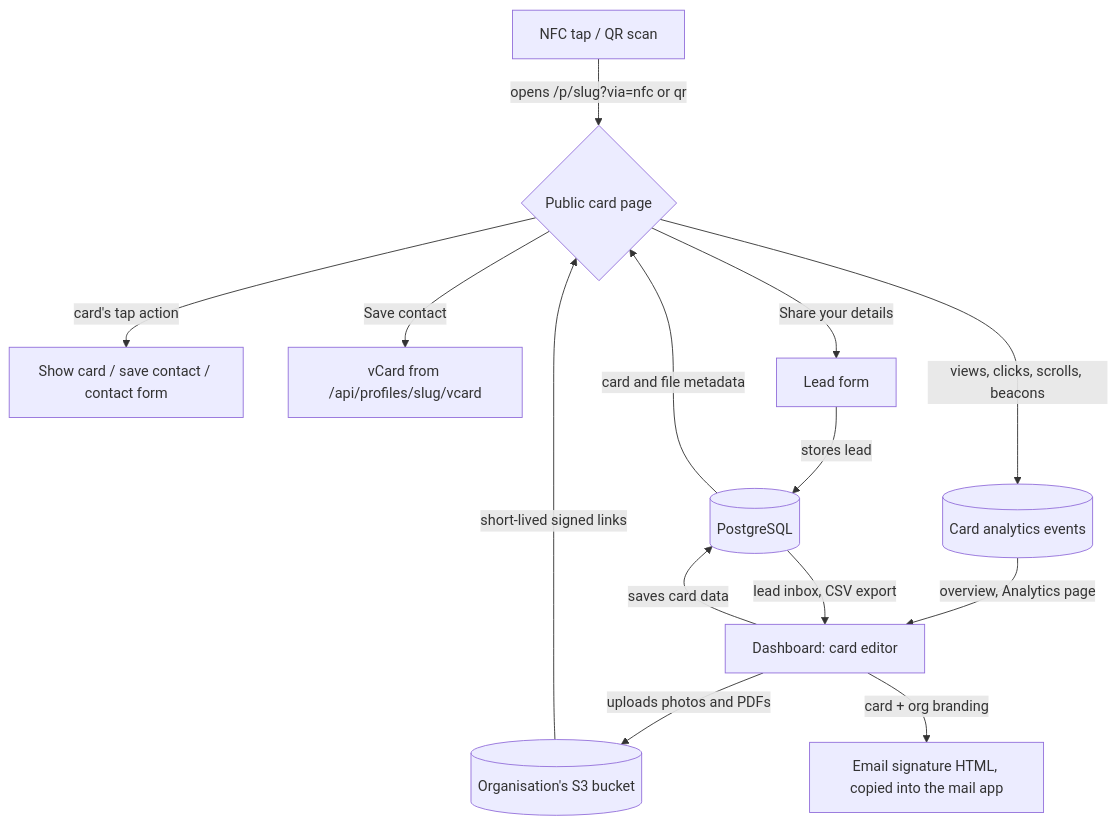
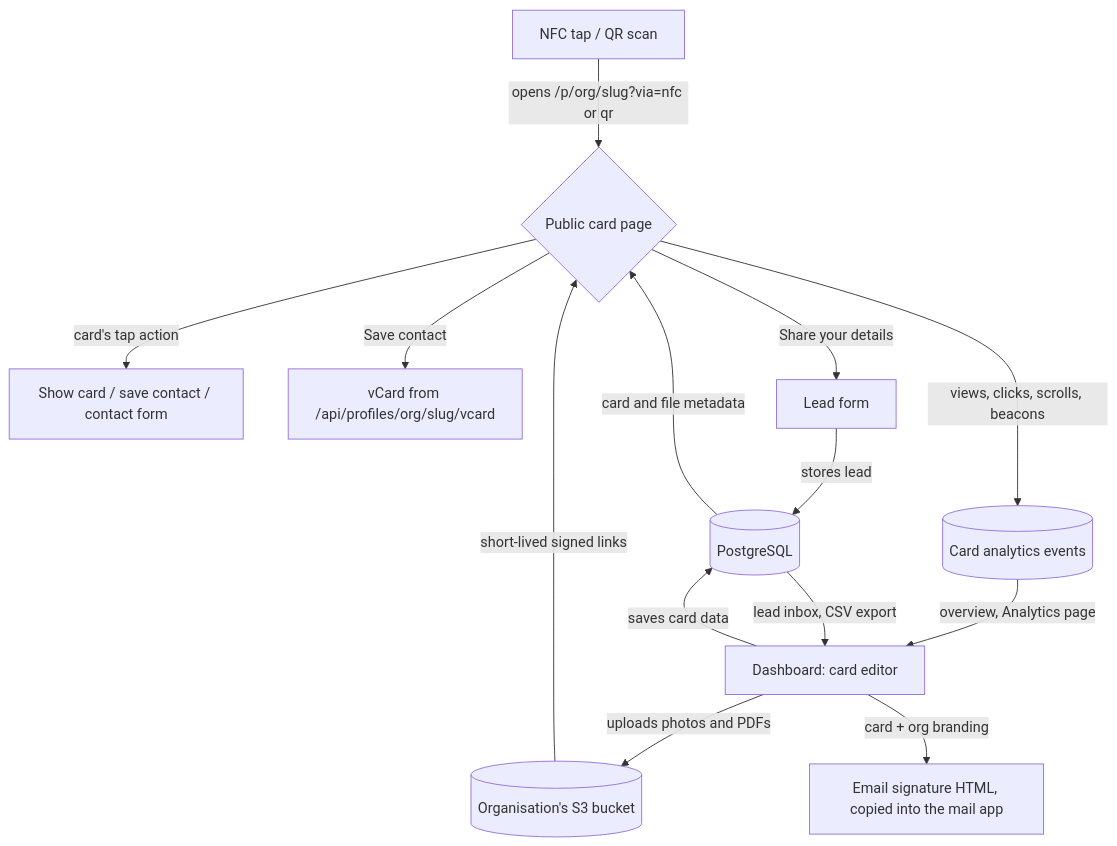
The diagram in README.md (faiz-gh/fronko), drawn with Mermaid before and after one commit. The commit also changed other lines of this file and 49 other files, not shown here.

````diff
--- a/README.md
+++ b/README.md
@@ -94,16 +95,16 @@
 ```mermaid
 graph TD
-    A[NFC tap / QR scan] -->|opens /p/slug?via=nfc or qr| C{Public card page}
+    A[NFC tap / QR scan] -->|opens /p/org/slug?via=nfc or qr| C{Public card page}
     C -->|card's tap action| T[Show card / save contact / contact form]
     E[Dashboard: card editor] -->|saves card data| D[(PostgreSQL)]
     E -->|uploads photos and PDFs| S[(Organisation's S3 bucket)]
     D -->|card and file metadata| C
     S -->|short-lived signed links| C
-    C -->|Save contact| F[vCard from /api/profiles/slug/vcard]
+    C -->|Save contact| F[vCard from /api/profiles/org/slug/vcard]
     E -->|card + org branding| SIG[Email signature HTML, copied into the mail app]
     C -->|Share your details| G[Lead form]
     C -->|views, clicks, scrolls, beacons| AN[(Card analytics events)]
     AN -->|overview, Analytics page| E
     G -->|stores lead| D
     D -->|lead inbox, CSV export| E
 ```
````
